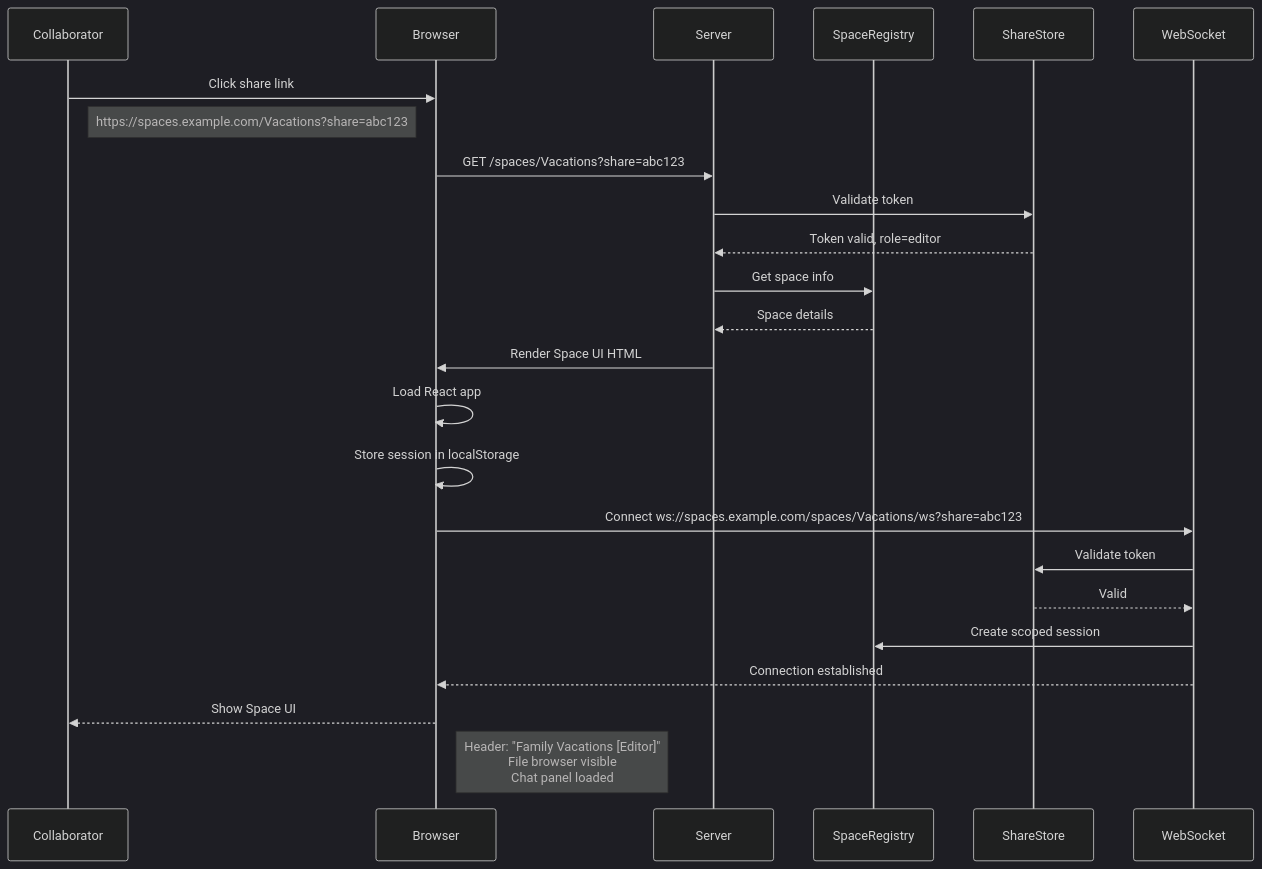
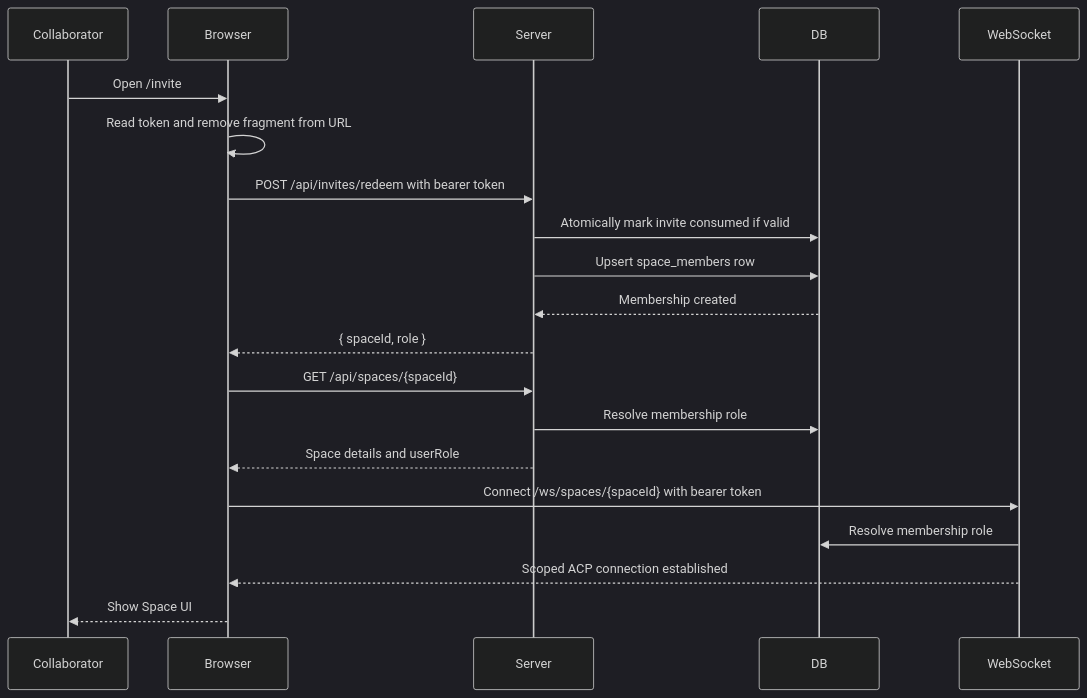
Before and after one commit to jchadwick/ai-spaces: the first of 5 diagrams in docs/flows/03-collaborator-access.md, drawn with Mermaid (dark theme). The commit also changed other lines of this file and 21 other files, not shown here.

````diff
--- a/docs/flows/03-collaborator-access.md
+++ b/docs/flows/03-collaborator-access.md
@@ -10,27 +12,23 @@
 ```mermaid
 sequenceDiagram
     participant Collaborator
     participant Browser
     participant Server
-    participant SpaceRegistry
-    participant ShareStore
+    participant DB
     participant WebSocket
-    
-    Collaborator->>Browser: Click share link
-    Note right of Collaborator: https://spaces.example.com/Vacations?share=abc123
-    Browser->>Server: GET /spaces/Vacations?share=abc123
-    Server->>ShareStore: Validate token
-    ShareStore-->>Server: Token valid, role=editor
-    Server->>SpaceRegistry: Get space info
-    SpaceRegistry-->>Server: Space details
-    Server->>Browser: Render Space UI HTML
-    Browser->>Browser: Load React app
-    Browser->>Browser: Store session in localStorage
-    Browser->>WebSocket: Connect ws://spaces.example.com/spaces/Vacations/ws?share=abc123
-    WebSocket->>ShareStore: Validate token
-    ShareStore-->>WebSocket: Valid
-    WebSocket->>SpaceRegistry: Create scoped session
-    WebSocket-->>Browser: Connection established
+
+    Collaborator->>Browser: Open /invite#token=...
+    Browser->>Browser: Read token and remove fragment from URL
+    Browser->>Server: POST /api/invites/redeem with bearer token
+    Server->>DB: Atomically mark invite consumed if valid
+    Server->>DB: Upsert space_members row
+    DB-->>Server: Membership created
+    Server-->>Browser: { spaceId, role }
+    Browser->>Server: GET /api/spaces/{spaceId}
+    Server->>DB: Resolve membership role
+    Server-->>Browser: Space details and userRole
+    Browser->>WebSocket: Connect /ws/spaces/{spaceId} with bearer token
+    WebSocket->>DB: Resolve membership role
+    WebSocket-->>Browser: Scoped ACP connection established
     Browser-->>Collaborator: Show Space UI
-    Note right of Browser: Header: "Family Vacations [Editor]"<br/>File browser visible<br/>Chat panel loaded
 ```
````
